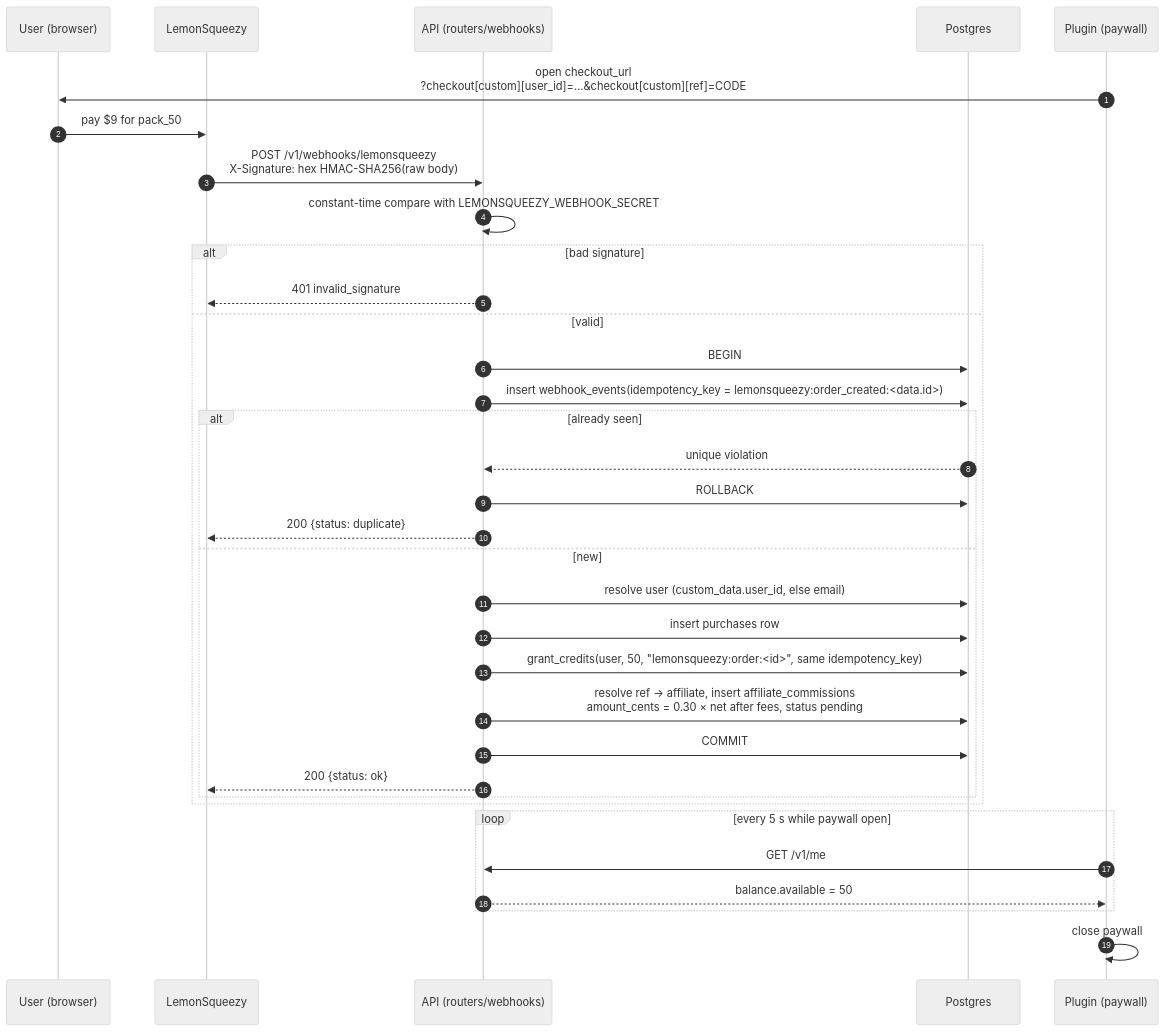
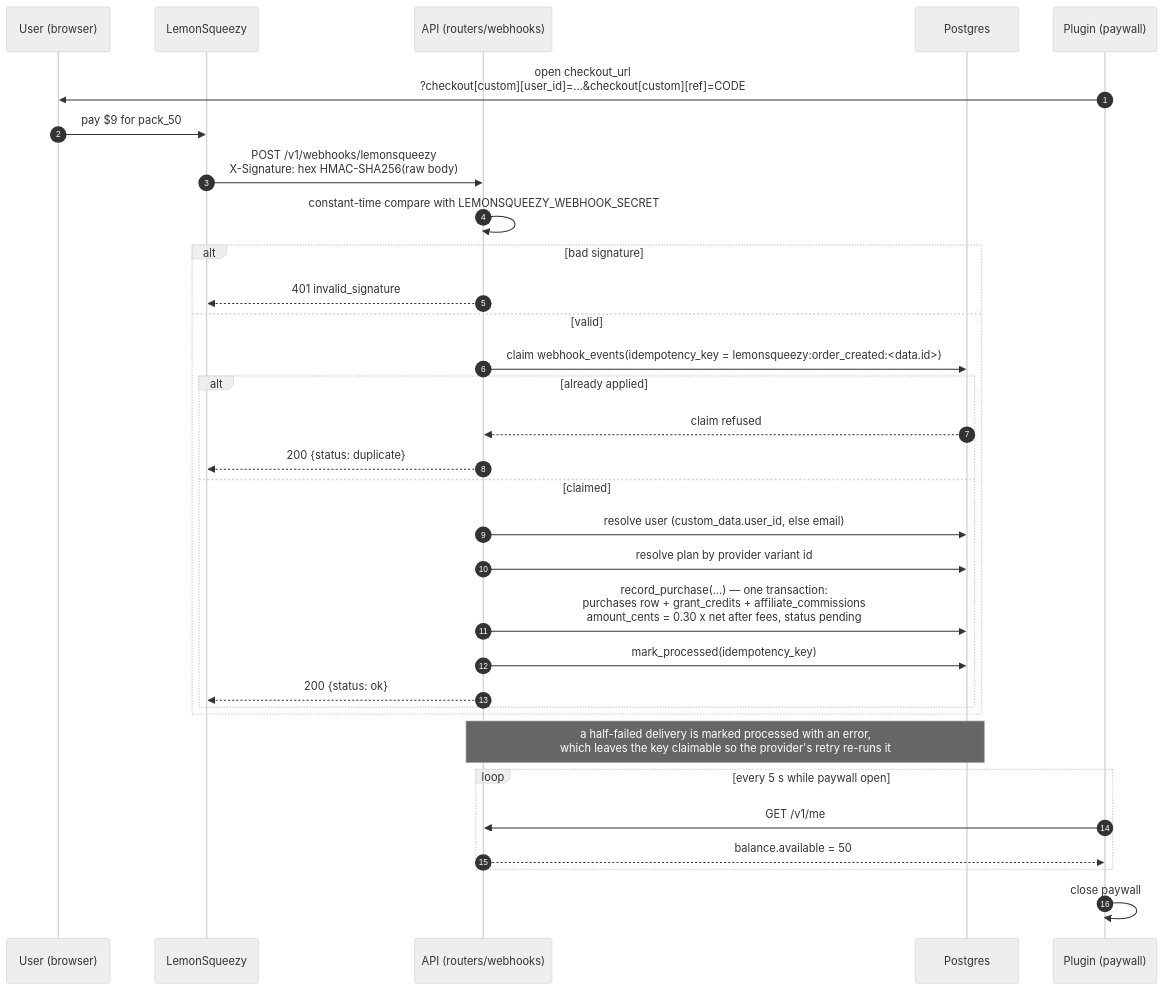
The fifth of 7 diagrams in snapplay-ai/docs/ARCHITECTURE.md (GregoryDich/GregoryDich), drawn with Mermaid (neutral theme) before and after one commit. The commit also changed other lines of this file and 24 other files, not shown here.

````diff
--- a/snapplay-ai/docs/ARCHITECTURE.md
+++ b/snapplay-ai/docs/ARCHITECTURE.md
@@ -261,38 +260,36 @@
 ```mermaid
 sequenceDiagram
     autonumber
     participant U as User (browser)
     participant LS as LemonSqueezy
     participant A as API (routers/webhooks)
     participant DB as Postgres
     participant P as Plugin (paywall)
 
     P->>U: open checkout_url<br/>?checkout[custom][user_id]=…&checkout[custom][ref]=CODE
     U->>LS: pay $9 for pack_50
     LS->>A: POST /v1/webhooks/lemonsqueezy<br/>X-Signature: hex HMAC-SHA256(raw body)
     A->>A: constant-time compare with LEMONSQUEEZY_WEBHOOK_SECRET
     alt bad signature
         A-->>LS: 401 invalid_signature
     else valid
-        A->>DB: BEGIN
-        A->>DB: insert webhook_events(idempotency_key = lemonsqueezy:order_created:<data.id>)
-        alt already seen
-            DB-->>A: unique violation
-            A->>DB: ROLLBACK
+        A->>DB: claim webhook_events(idempotency_key = lemonsqueezy:order_created:<data.id>)
+        alt already applied
+            DB-->>A: claim refused
             A-->>LS: 200 {status: duplicate}
-        else new
+        else claimed
             A->>DB: resolve user (custom_data.user_id, else email)
-            A->>DB: insert purchases row
-            A->>DB: grant_credits(user, 50, "lemonsqueezy:order:<id>", same idempotency_key)
-            A->>DB: resolve ref → affiliate, insert affiliate_commissions<br/>amount_cents = 0.30 × net after fees, status pending
-            A->>DB: COMMIT
+            A->>DB: resolve plan by provider variant id
+            A->>DB: record_purchase(...) — one transaction:<br/>purchases row + grant_credits + affiliate_commissions<br/>amount_cents = 0.30 x net after fees, status pending
+            A->>DB: mark_processed(idempotency_key)
             A-->>LS: 200 {status: ok}
         end
     end
+    Note over A,DB: a half-failed delivery is marked processed with an error,<br/>which leaves the key claimable so the provider's retry re-runs it
 
     loop every 5 s while paywall open
         P->>A: GET /v1/me
         A-->>P: balance.available = 50
     end
     P->>P: close paywall
 ```
````
